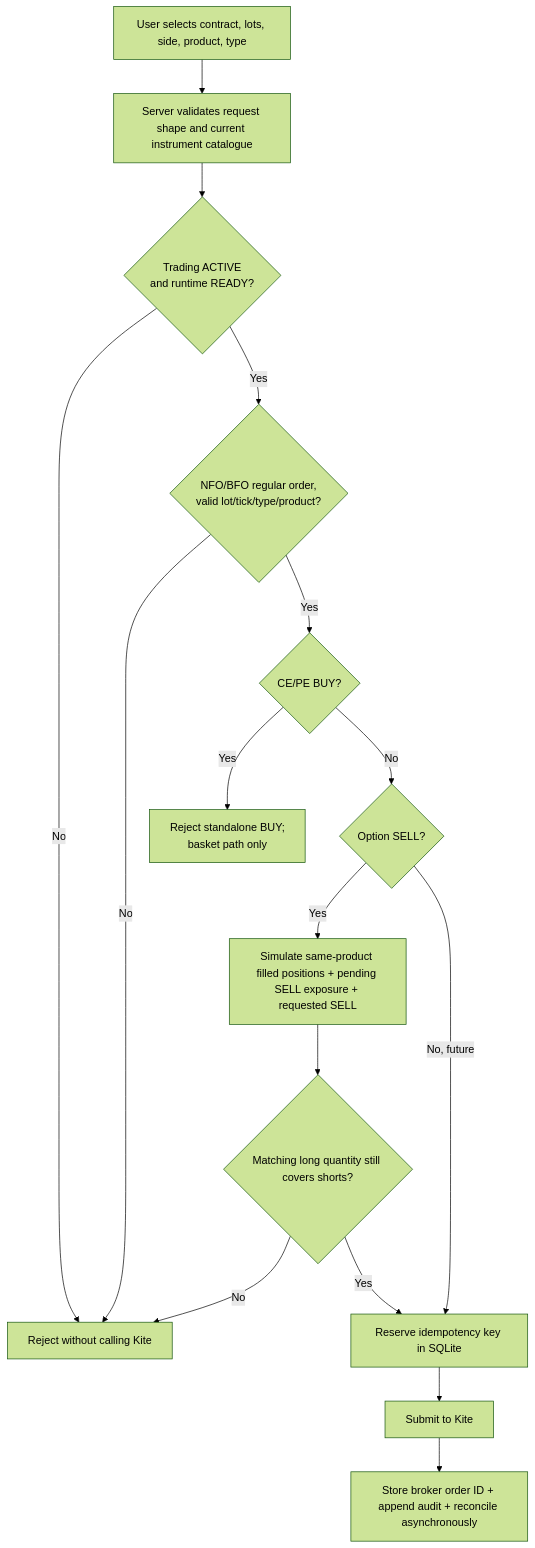
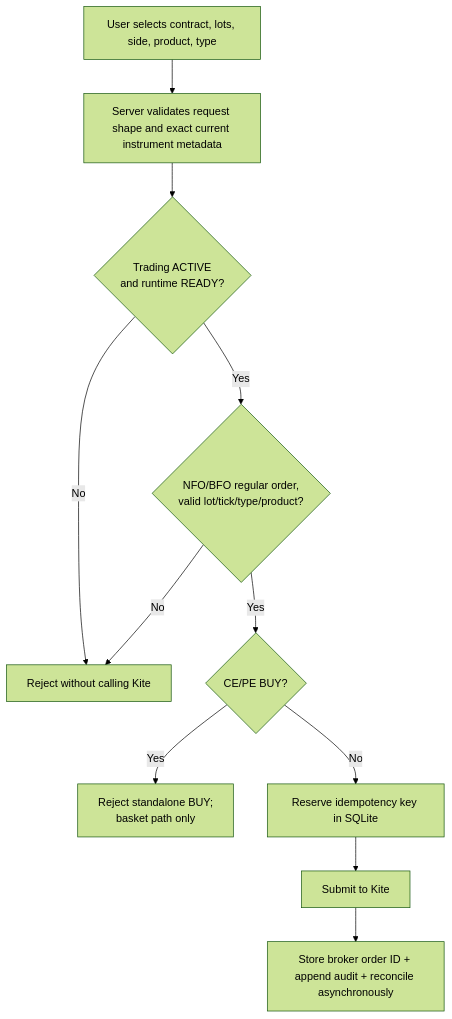
The third of 5 diagrams in PRODUCT.md (100xRahul/tradeguardian-zerodha-fno-discipline), drawn with Mermaid (forest theme) before and after one commit. The commit also changed other lines of this file and 22 other files, not shown here.

````diff
--- a/PRODUCT.md
+++ b/PRODUCT.md
@@ -53,18 +68,13 @@
 ```mermaid
 flowchart TD
-    A["User selects contract, lots, side, product, type"] --> B["Server validates request shape and current instrument catalogue"]
+    A["User selects contract, lots, side, product, type"] --> B["Server validates request shape and exact current instrument metadata"]
     B --> C{"Trading ACTIVE<br/>and runtime READY?"}
     C -- No --> X["Reject without calling Kite"]
     C -- Yes --> D{"NFO/BFO regular order,<br/>valid lot/tick/type/product?"}
     D -- No --> X
     D -- Yes --> E{"CE/PE BUY?"}
     E -- Yes --> X2["Reject standalone BUY;<br/>basket path only"]
-    E -- No --> F{"Option SELL?"}
-    F -- Yes --> G["Simulate same-product filled positions + pending SELL exposure + requested SELL"]
-    G --> H{"Matching long quantity still covers shorts?"}
-    H -- No --> X
-    H -- Yes --> I["Reserve idempotency key in SQLite"]
-    F -- No, future --> I
+    E -- No --> I["Reserve idempotency key in SQLite"]
     I --> J["Submit to Kite"]
     J --> K["Store broker order ID + append audit + reconcile asynchronously"]
 ```
````
